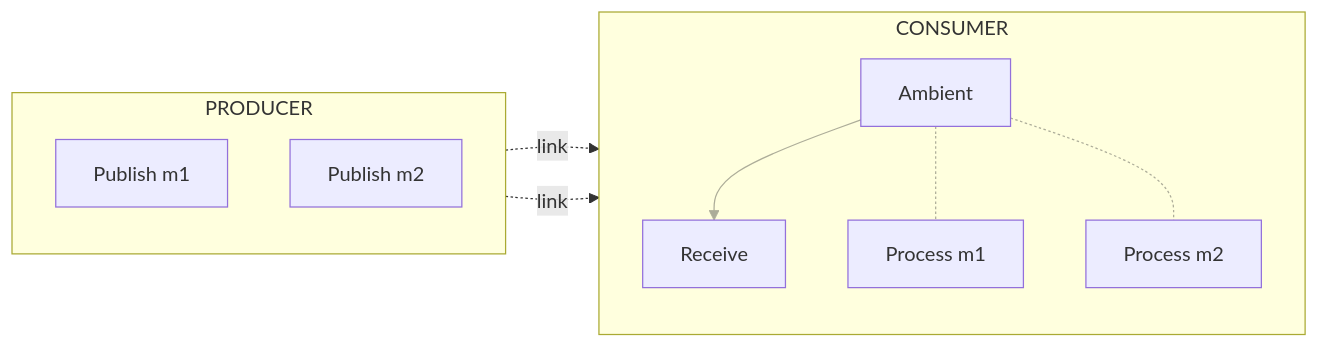
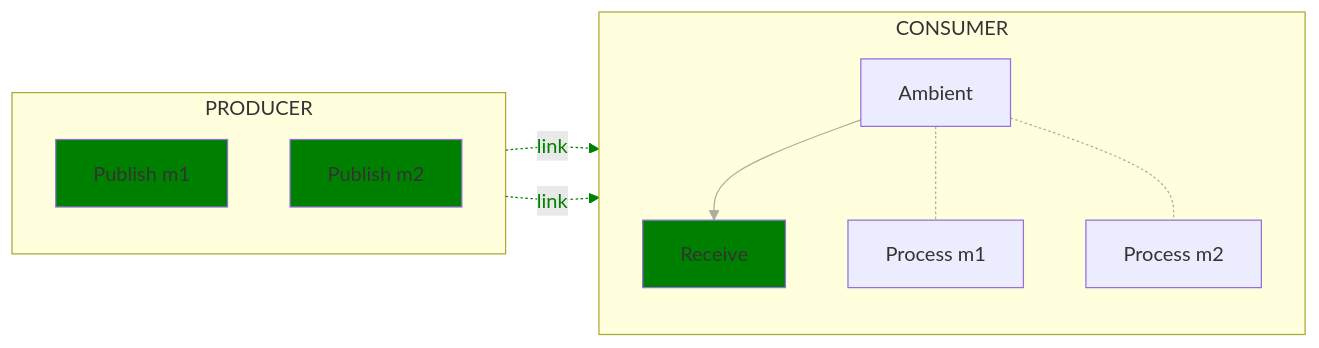
Diagram 11 of 13 in text/trace/0220-messaging-semantic-conventions-span-structure.md (open-telemetry/oteps), drawn with Mermaid before and after one commit. The commit also changed other lines of this file, not shown here.

Commit message:
Fix mermaid colors

````diff
--- a/text/trace/0220-messaging-semantic-conventions-span-structure.md
+++ b/text/trace/0220-messaging-semantic-conventions-span-structure.md
@@ -472,20 +505,23 @@
 ```mermaid
 flowchart LR;
   subgraph PRODUCER
   direction TB
   PM1[Publish m1]
   PM2[Publish m2]
   end
   subgraph CONSUMER
   direction TB
   A[Ambient]-->R[Receive]
   A-.-PRM1[Process m1]
   A-.-PRM2[Process m2]
   end
   PM1-. link .->R;
   PM2-. link .->R;
 
+  classDef normal fill:green
+  class PM1,PM2,R normal
   classDef additional opacity:0.4
   class additional A
   linkStyle 0,1,2 opacity:0.4
+  linkStyle 3,4 color:green,stroke:green
 ```
````
